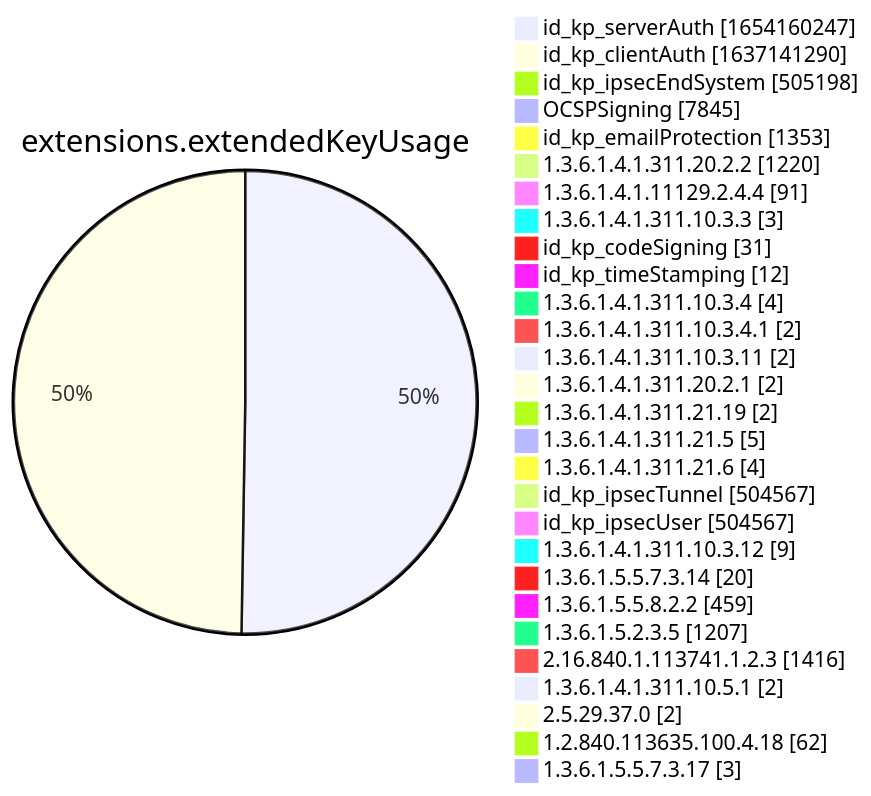
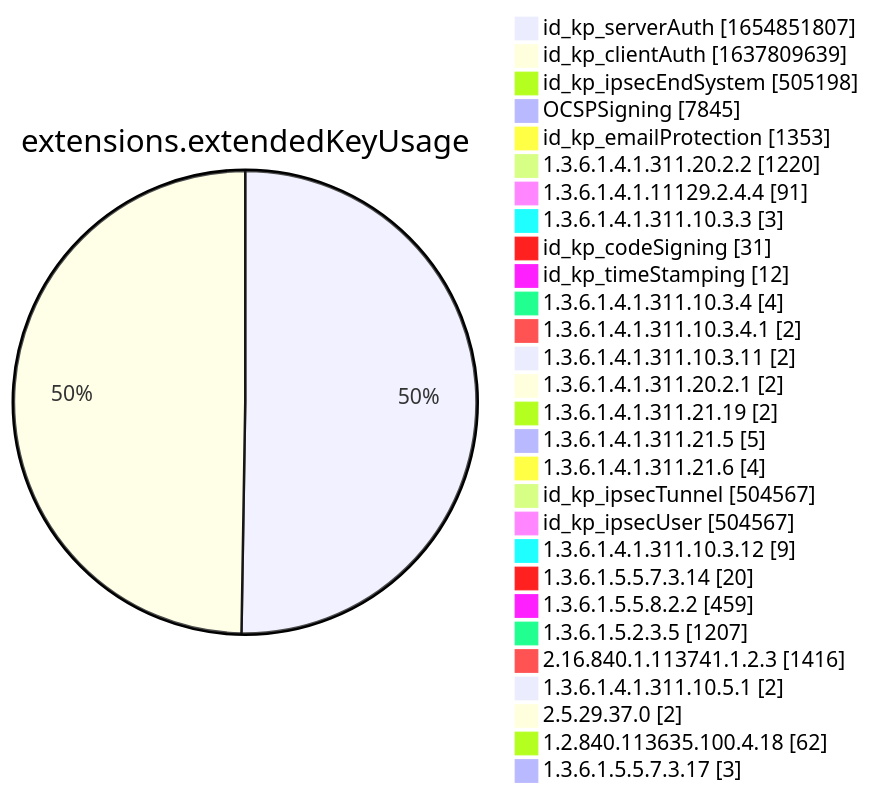
One commit to christiankrug/ctmonitor_visualization changed diagram 12 of 15 in xenon2022/README.md. Above: the diagram before and after it, drawn with Mermaid. The commit also changed other lines of this file, not shown here.

````diff
--- a/xenon2022/README.md
+++ b/xenon2022/README.md
@@ -3886,32 +3886,32 @@
 ```mermaid
 pie showData
 title extensions.extendedKeyUsage
-"id_kp_serverAuth" :1654160247
-"id_kp_clientAuth" :1637141290
+"id_kp_serverAuth" :1654851807
+"id_kp_clientAuth" :1637809639
 "id_kp_ipsecEndSystem" :505198
 "OCSPSigning" :7845
 "id_kp_emailProtection" :1353
 "1.3.6.1.4.1.311.20.2.2" :1220
 "1.3.6.1.4.1.11129.2.4.4" :91
 "1.3.6.1.4.1.311.10.3.3" :3
 "id_kp_codeSigning" :31
 "id_kp_timeStamping" :12
 "1.3.6.1.4.1.311.10.3.4" :4
 "1.3.6.1.4.1.311.10.3.4.1" :2
 "1.3.6.1.4.1.311.10.3.11" :2
 "1.3.6.1.4.1.311.20.2.1" :2
 "1.3.6.1.4.1.311.21.19" :2
 "1.3.6.1.4.1.311.21.5" :5
 "1.3.6.1.4.1.311.21.6" :4
 "id_kp_ipsecTunnel" :504567
 "id_kp_ipsecUser" :504567
 "1.3.6.1.4.1.311.10.3.12" :9
 "1.3.6.1.5.5.7.3.14" :20
 "1.3.6.1.5.5.8.2.2" :459
 "1.3.6.1.5.2.3.5" :1207
 "2.16.840.1.113741.1.2.3" :1416
 "1.3.6.1.4.1.311.10.5.1" :2
 "2.5.29.37.0" :2
 "1.2.840.113635.100.4.18" :62
 "1.3.6.1.5.5.7.3.17" :3
 ```
````
